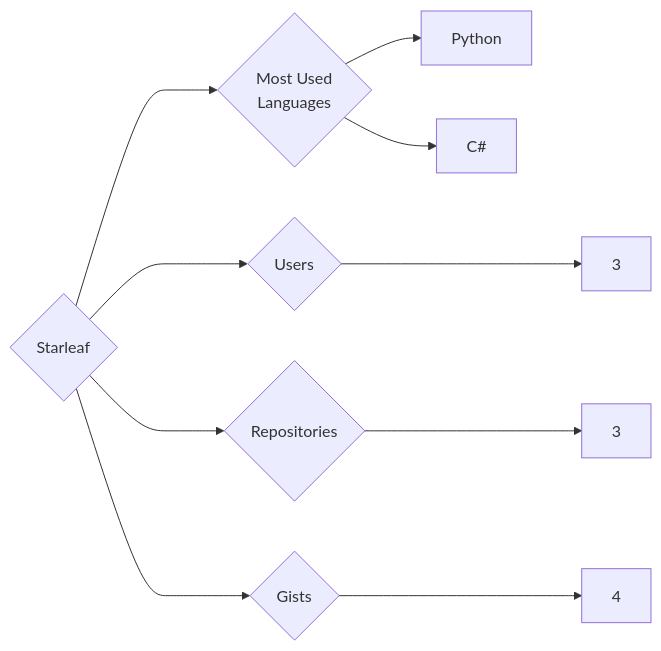
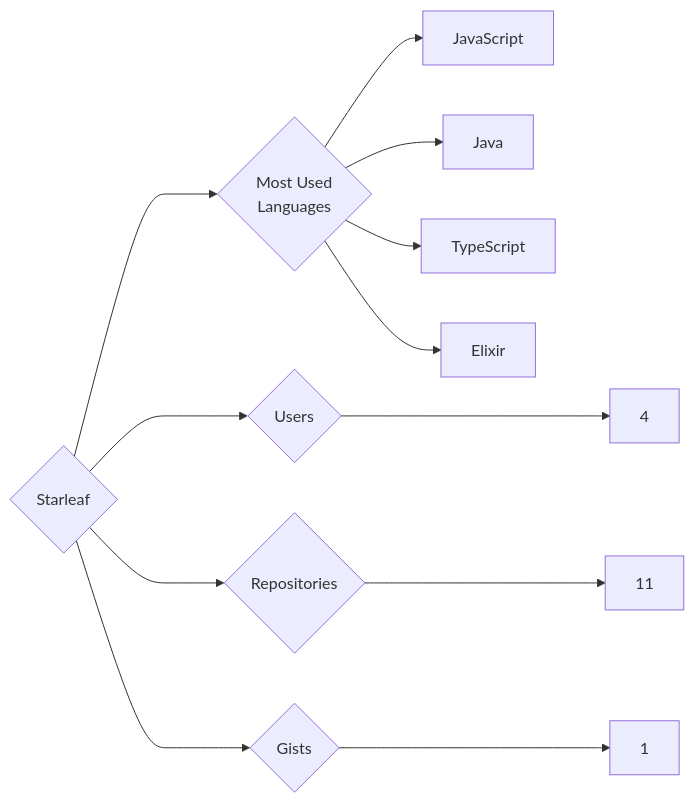
One commit to trickest/insiders changed the diagram in targets/Starleaf/README.md. Above: the diagram before and after it, drawn with Mermaid. The commit also changed 940 other files, not shown here.

````diff
--- a/targets/Starleaf/README.md
+++ b/targets/Starleaf/README.md
@@ -3,10 +3,12 @@
 ```mermaid
 graph LR
 COMPANY_NAME{Starleaf}
-COMPANY_NAME ---> U{Users} ---> UN[3]
-COMPANY_NAME ---> R{Repositories} ---> RN[3]
-COMPANY_NAME ---> G{Gists} ---> GN[4]
+COMPANY_NAME ---> U{Users} ---> UN[4]
+COMPANY_NAME ---> R{Repositories} ---> RN[11]
+COMPANY_NAME ---> G{Gists} ---> GN[1]
 COMPANY_NAME ---> ML{Most Used<br>Languages}
-ML --> Python[Python]
-ML --> C#[C#]
+ML --> JavaScript[JavaScript]
+ML --> Java[Java]
+ML --> TypeScript[TypeScript]
+ML --> Elixir[Elixir]
 ```
````
